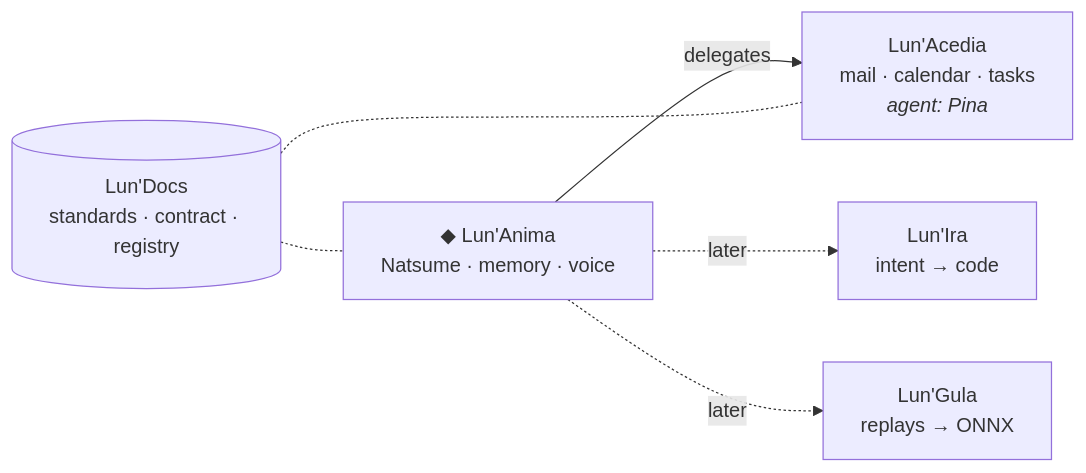
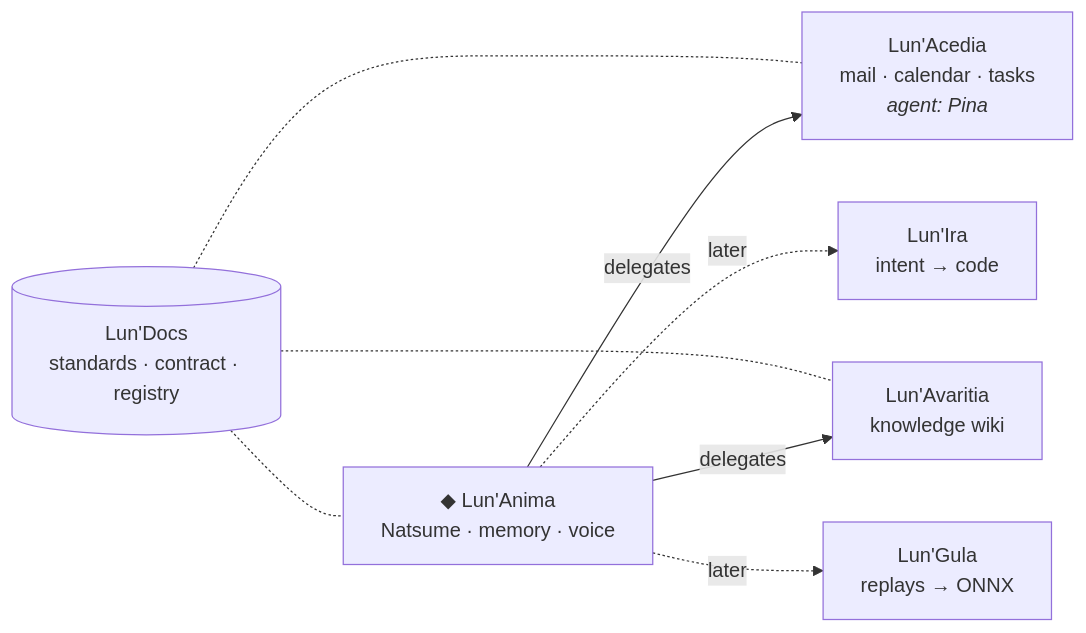
One commit to Lun-Ecosystem/.github changed the diagram in profile/README.md. Above: the diagram before and after it, drawn with Mermaid. The commit also changed other lines of this file, not shown here.

First line of the commit message:
docs: list Avaritia, no links to private repos

````diff
--- a/profile/README.md
+++ b/profile/README.md
@@ -28,14 +28,17 @@
 ```mermaid
 flowchart LR
     CORE["◆ Lun'Anima<br/>Natsume · memory · voice"]
     ACEDIA["Lun'Acedia<br/>mail · calendar · tasks<br/><i>agent: Pina</i>"]
+    AVARITIA["Lun'Avaritia<br/>knowledge wiki"]
     IRA["Lun'Ira<br/>intent → code"]
     GULA["Lun'Gula<br/>replays → ONNX"]
     DOCS[("Lun'Docs<br/>standards · contract · registry")]
 
     CORE -- "delegates" --> ACEDIA
+    CORE -- "delegates" --> AVARITIA
     CORE -. "later" .-> IRA
     CORE -. "later" .-> GULA
     DOCS -.- CORE
     DOCS -.- ACEDIA
+    DOCS -.- AVARITIA
 ```
````
